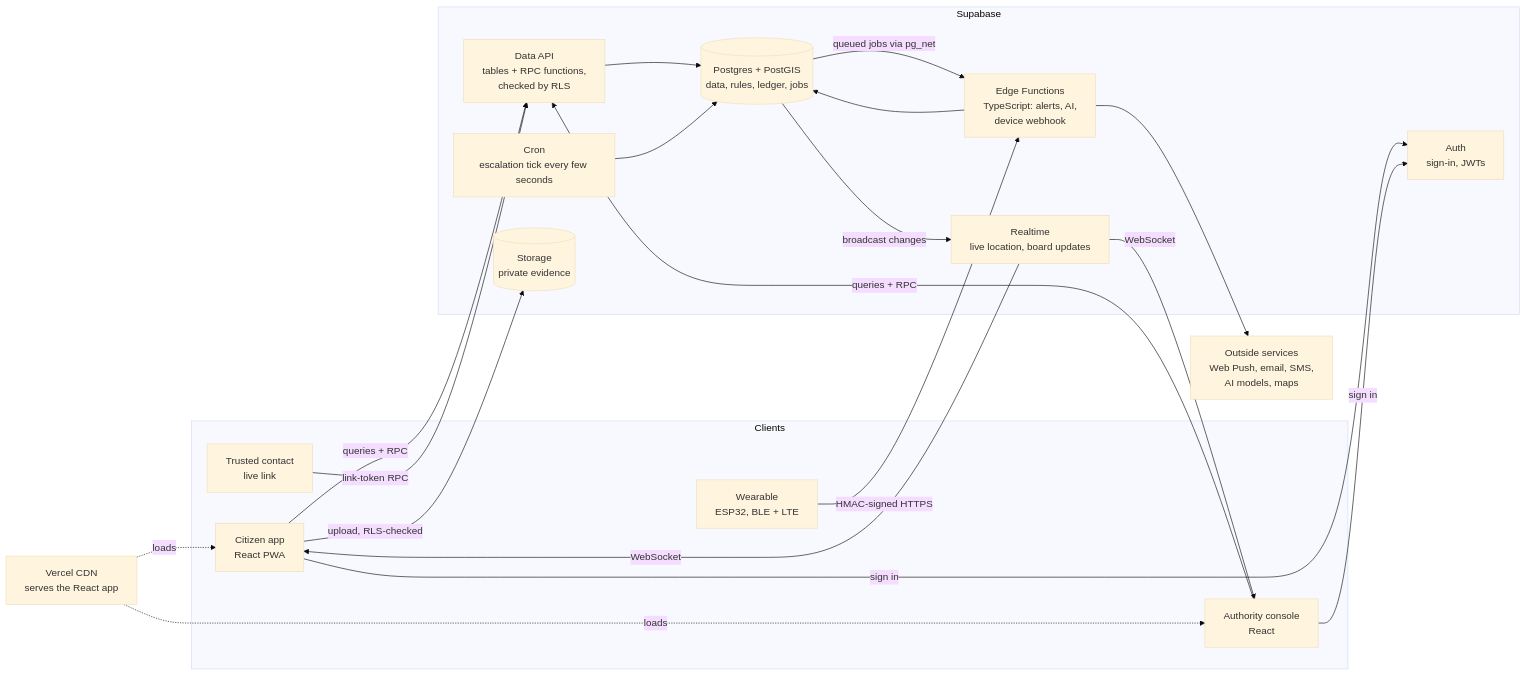
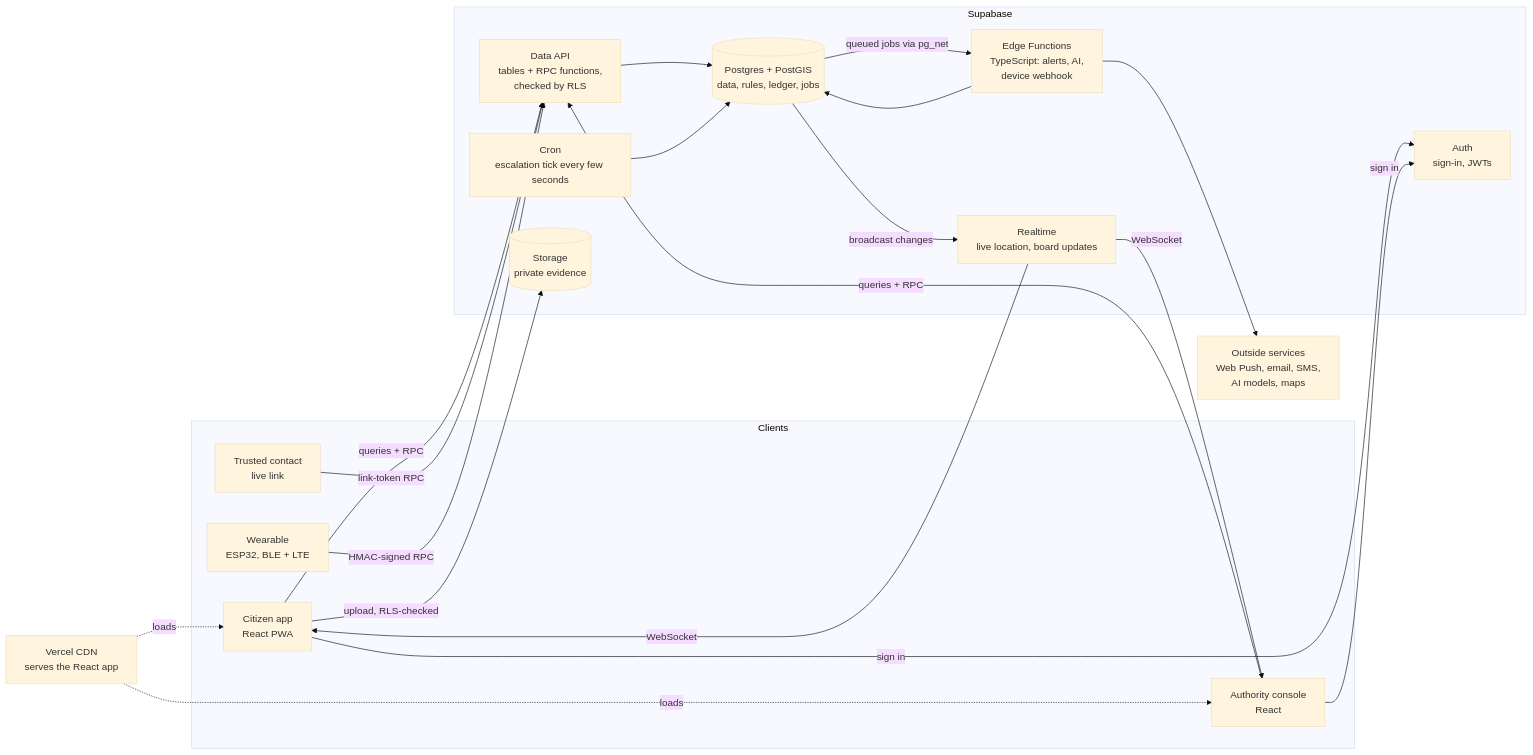
The first of 5 diagrams in docs/02-architecture.md (snehaa006/women-s-safety-), drawn with Mermaid (base theme) before and after one commit. The commit also changed other lines of this file and 58 other files, not shown here.

````diff
--- a/docs/02-architecture.md
+++ b/docs/02-architecture.md
@@ -18,41 +18,41 @@
 ```mermaid
 flowchart LR
   subgraph Clients
     C["Citizen app<br/>React PWA"]
     A["Authority console<br/>React"]
     T["Trusted contact<br/>live link"]
     D["Wearable<br/>ESP32, BLE + LTE"]
   end
 
   V["Vercel CDN<br/>serves the React app"]
 
   subgraph Supabase
     API["Data API<br/>tables + RPC functions,<br/>checked by RLS"]
     PG[("Postgres + PostGIS<br/>data, rules, ledger, jobs")]
     RT["Realtime<br/>live location, board updates"]
     EF["Edge Functions<br/>TypeScript: alerts, AI,<br/>device webhook"]
     CR["Cron<br/>escalation tick every few seconds"]
     ST[("Storage<br/>private evidence")]
     AU["Auth<br/>sign-in, JWTs"]
   end
 
   EXT["Outside services<br/>Web Push, email, SMS,<br/>AI models, maps"]
 
   V -.->|loads| C
   V -.->|loads| A
   C -->|queries + RPC| API
   A -->|queries + RPC| API
   T -->|link-token RPC| API
   API --> PG
   PG -->|broadcast changes| RT
   RT -->|WebSocket| C
   RT -->|WebSocket| A
-  D -->|HMAC-signed HTTPS| EF
+  D -->|HMAC-signed RPC| API
   CR --> PG
   PG -->|queued jobs via pg_net| EF
   EF --> EXT
   EF --> PG
   C -->|upload, RLS-checked| ST
   C -->|sign in| AU
   A -->|sign in| AU
 ```
````
